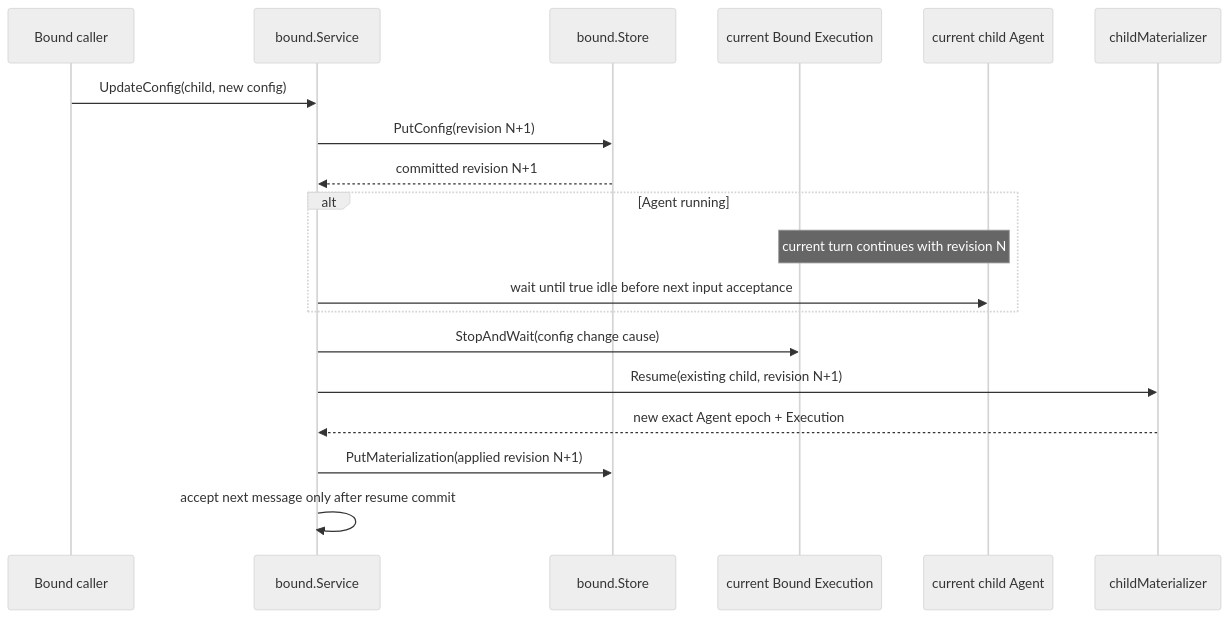
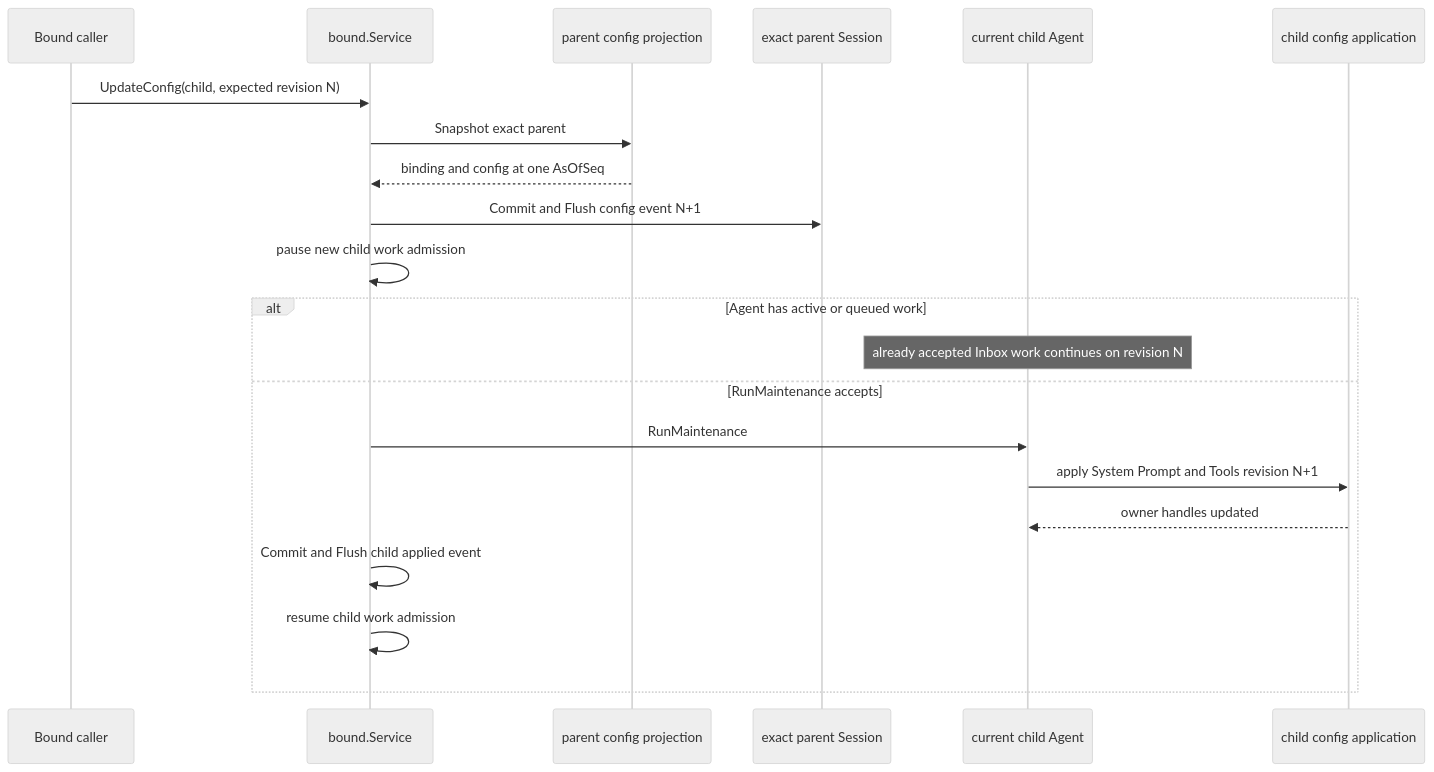
One commit to gorenx/goren changed the fifth of 6 diagrams in subagent/docs/parent-bound-design.zh-CN.md. Above: the diagram before and after it, drawn with Mermaid (neutral theme). The commit also changed other lines of this file and 52 other files, not shown here.

````diff
--- a/subagent/docs/parent-bound-design.zh-CN.md
+++ b/subagent/docs/parent-bound-design.zh-CN.md
@@ -625,22 +627,24 @@
 ```mermaid
 sequenceDiagram
     participant C as Bound caller
     participant B as bound.Service
-    participant R as bound.Store
-    participant E as current Bound Execution
+    participant P as parent config projection
+    participant S as exact parent Session
     participant A as current child Agent
-    participant M as childMaterializer
+    participant E as child config application
 
-    C->>B: UpdateConfig(child, new config)
-    B->>R: PutConfig(revision N+1)
-    R-->>B: committed revision N+1
-    alt Agent running
-        Note over A,E: current turn continues with revision N
-        B->>A: wait until true idle before next input acceptance
+    C->>B: UpdateConfig(child, expected revision N)
+    B->>P: Snapshot exact parent
+    P-->>B: binding and config at one AsOfSeq
+    B->>S: Commit and Flush config event N+1
+    B->>B: pause new child work admission
+    alt Agent has active or queued work
+        Note over A: already accepted Inbox work continues on revision N
+    else RunMaintenance accepts
+        B->>A: RunMaintenance
+        A->>E: apply System Prompt and Tools revision N+1
+        E-->>A: owner handles updated
+        B->>B: Commit and Flush child applied event
+        B->>B: resume child work admission
     end
-    B->>E: StopAndWait(config change cause)
-    B->>M: Resume(existing child, revision N+1)
-    M-->>B: new exact Agent epoch + Execution
-    B->>R: PutMaterialization(applied revision N+1)
-    B->>B: accept next message only after resume commit
 ```
````
